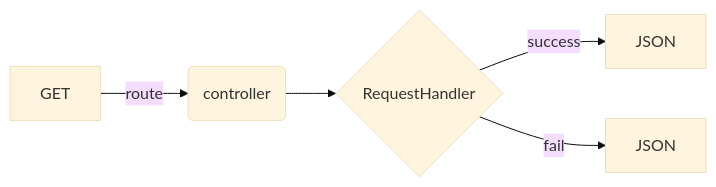
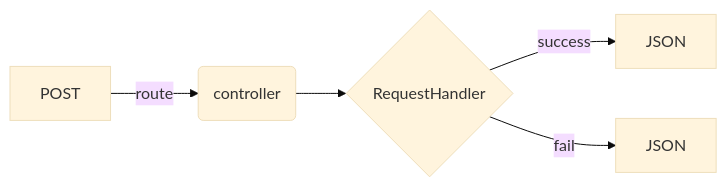
Before and after one commit to rickintveld/symfony-api-boilerplate: the second of 4 diagrams in README.MD, drawn with Mermaid (base theme). The commit also changed other lines of this file, not shown here.

````diff
--- a/README.MD
+++ b/README.MD
@@ -30,7 +30,7 @@
 ```mermaid
   flowchart LR
-    A[GET] -->|route| B(controller)
+    A[POST] -->|route| B(controller)
     B --> C{RequestHandler}
     C -->|success| D[JSON]
     C -->|fail| E[JSON]
 ```
````
